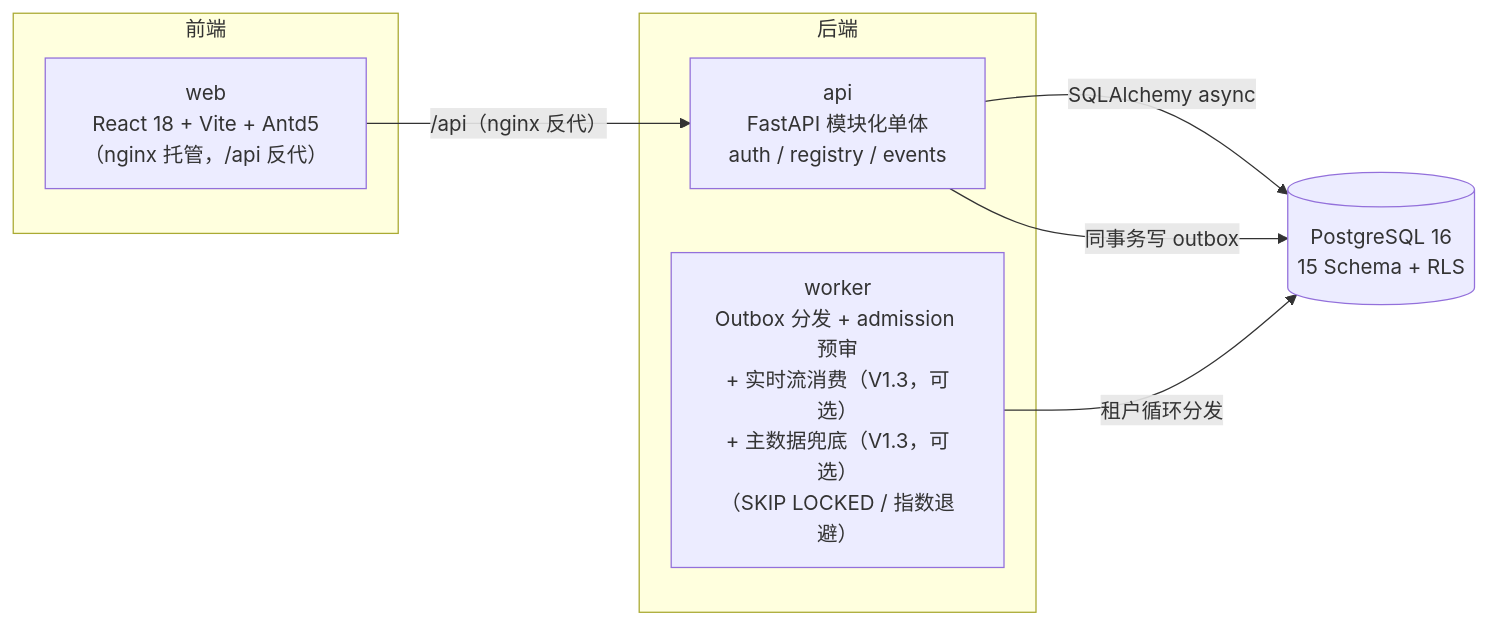
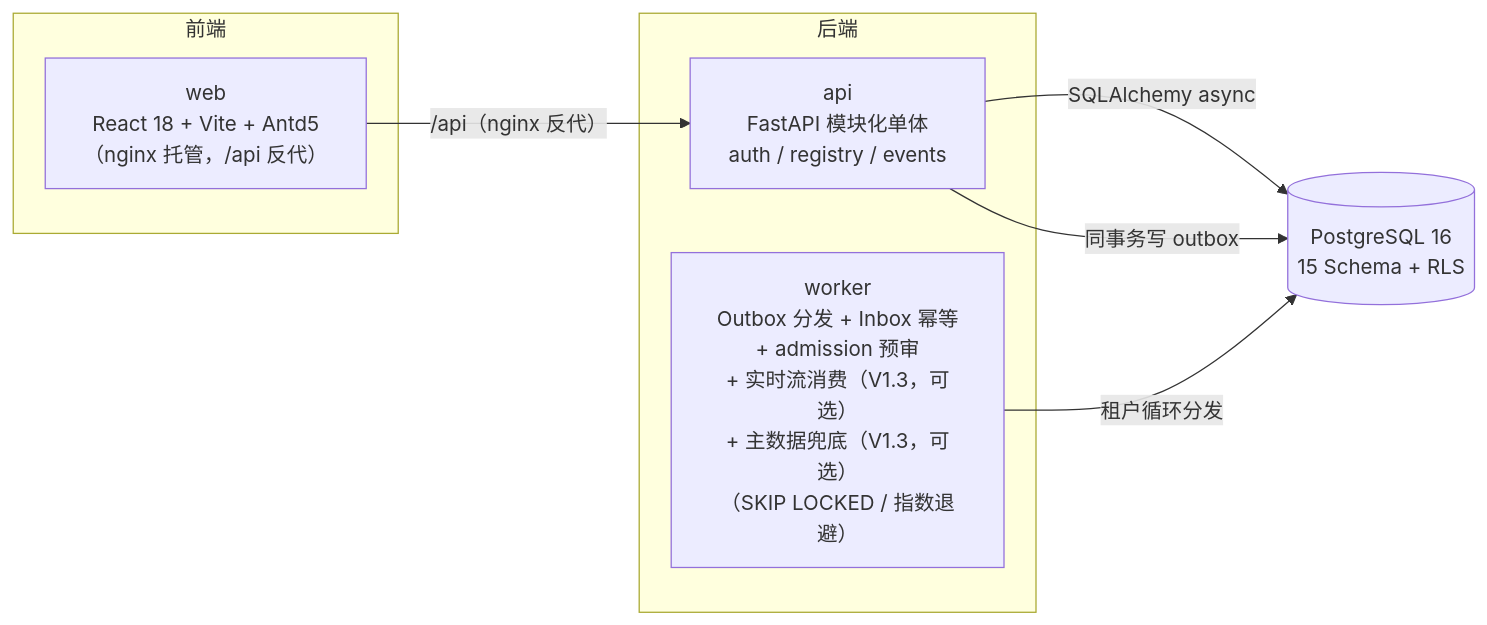
Before and after one commit to futianyu760118-art/EDP: the diagram in README.md, drawn with Mermaid. The commit also changed other lines of this file and 8 other files, not shown here.

````diff
--- a/README.md
+++ b/README.md
@@ -8,15 +8,15 @@
 ```mermaid
 flowchart LR
     subgraph 前端
         web["web<br/>React 18 + Vite + Antd5<br/>（nginx 托管，/api 反代）"]
     end
     subgraph 后端
         api["api<br/>FastAPI 模块化单体<br/>auth / registry / events"]
-        worker["worker<br/>Outbox 分发 + admission 预审<br/>+ 实时流消费（V1.3，可选）<br/>+ 主数据兜底（V1.3，可选）<br/>（SKIP LOCKED / 指数退避）"]
+    worker["worker<br/>Outbox 分发 + Inbox 幂等<br/>+ admission 预审<br/>+ 实时流消费（V1.3，可选）<br/>+ 主数据兜底（V1.3，可选）<br/>（SKIP LOCKED / 指数退避）"]
     end
     db[("PostgreSQL 16<br/>15 Schema + RLS")]
     web -- "/api（nginx 反代）" --> api
     api -- "SQLAlchemy async" --> db
     api -- "同事务写 outbox" --> db
     worker -- "租户循环分发" --> db
 ```
````
